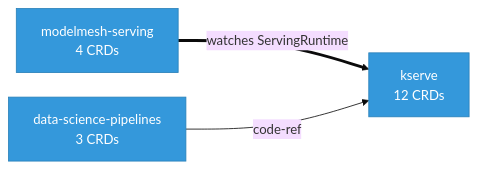
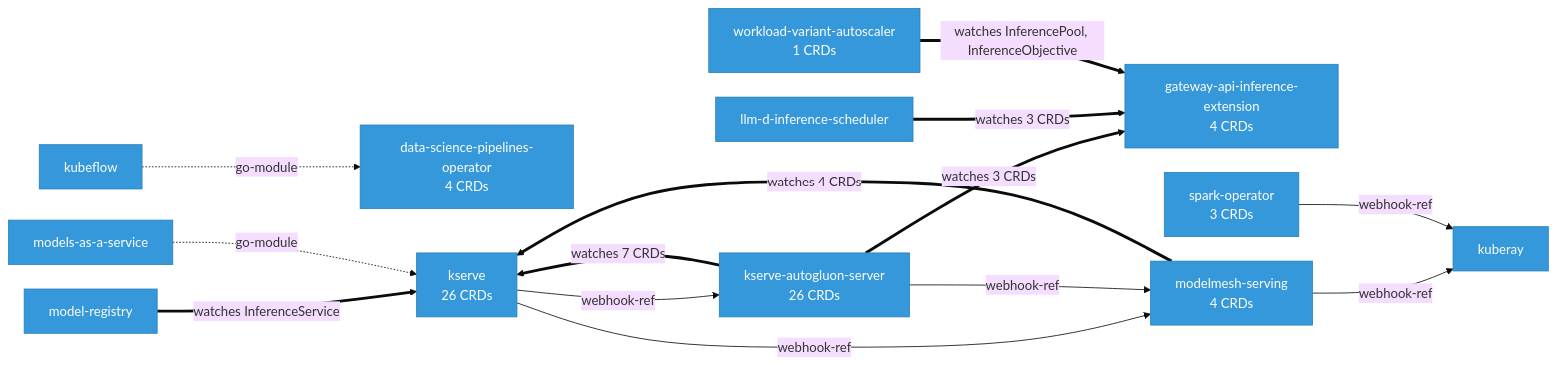
Before and after one commit to ugiordan/rhoai-architecture-analyzer: the diagram in site/docs/use-cases/odh-platform/index.md, drawn with Mermaid. The commit also changed other lines of this file and 402 other files, not shown here.

````diff
--- a/site/docs/use-cases/odh-platform/index.md
+++ b/site/docs/use-cases/odh-platform/index.md
@@ -22,13 +22,33 @@
 ```mermaid
 %%{init: {'theme': 'base', 'flowchart': {'nodeSpacing': 30, 'rankSpacing': 50}}}%%
 graph LR
     classDef internal fill:#3498db,stroke:#2980b9,color:#fff
     classDef external fill:#95a5a6,stroke:#7f8c8d,color:#fff
 
-    data_science_pipelines["data-science-pipelines\n3 CRDs"]:::internal
-    kserve["kserve\n12 CRDs"]:::internal
+    data_science_pipelines_operator["data-science-pipelines-operator\n4 CRDs"]:::internal
+    gateway_api_inference_extension["gateway-api-inference-extension\n4 CRDs"]:::internal
+    kserve["kserve\n26 CRDs"]:::internal
+    kserve_autogluon_server["kserve-autogluon-server\n26 CRDs"]:::internal
+    kubeflow["kubeflow"]:::internal
+    kuberay["kuberay"]:::internal
+    llm_d_inference_scheduler["llm-d-inference-scheduler"]:::internal
+    model_registry["model-registry"]:::internal
     modelmesh_serving["modelmesh-serving\n4 CRDs"]:::internal
+    models_as_a_service["models-as-a-service"]:::internal
+    spark_operator["spark-operator\n3 CRDs"]:::internal
+    workload_variant_autoscaler["workload-variant-autoscaler\n1 CRDs"]:::internal
 
-    modelmesh_serving ==>|"watches ServingRuntime"| kserve
-    data_science_pipelines -->|"code-ref"| kserve
+    kserve_autogluon_server ==>|"watches 3 CRDs"| gateway_api_inference_extension
+    kserve_autogluon_server ==>|"watches 7 CRDs"| kserve
+    kubeflow -.->|"go-module"| data_science_pipelines_operator
+    llm_d_inference_scheduler ==>|"watches 3 CRDs"| gateway_api_inference_extension
+    model_registry ==>|"watches InferenceService"| kserve
+    modelmesh_serving ==>|"watches 4 CRDs"| kserve
+    models_as_a_service -.->|"go-module"| kserve
+    workload_variant_autoscaler ==>|"watches InferencePool, InferenceObjective"| gateway_api_inference_extension
+    kserve -->|"webhook-ref"| modelmesh_serving
+    kserve -->|"webhook-ref"| kserve_autogluon_server
+    kserve_autogluon_server -->|"webhook-ref"| modelmesh_serving
+    modelmesh_serving -->|"webhook-ref"| kuberay
+    spark_operator -->|"webhook-ref"| kuberay
 ```
````
